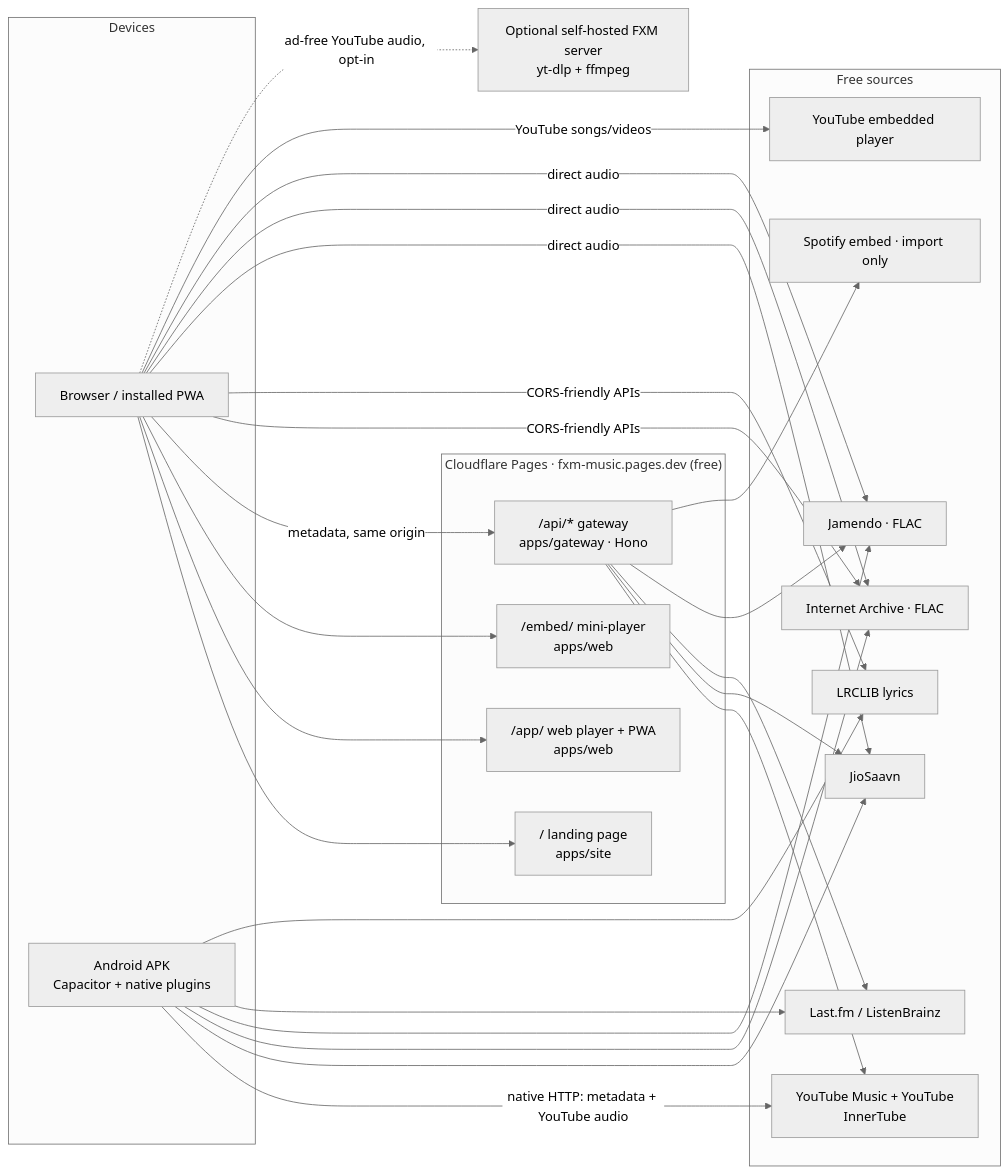
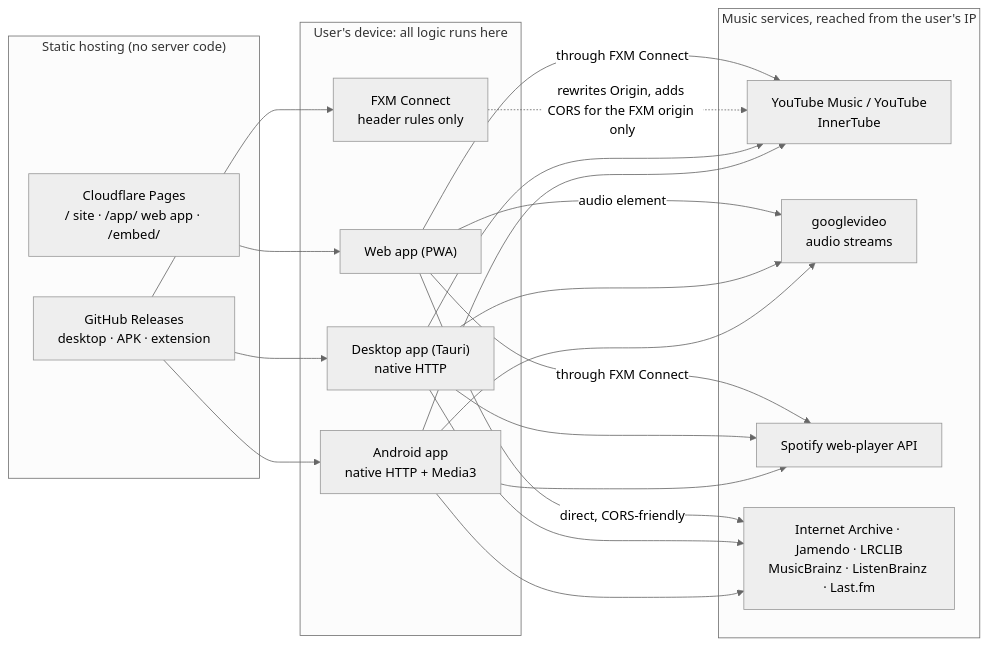
The diagram in docs/ARCHITECTURE.md (Pratyay-ops/FXM), drawn with Mermaid (neutral theme) before and after one commit. The commit also changed other lines of this file and 3 other files, not shown here.

First line of the commit message:
docs(plan): revise architecture and roadmap for a serverless design

````diff
--- a/docs/ARCHITECTURE.md
+++ b/docs/ARCHITECTURE.md
@@ -91,37 +148,27 @@
 ```mermaid
 flowchart LR
-  subgraph CF ["Cloudflare Pages · fxm-music.pages.dev (free)"]
-    SITE["/ landing page<br/>apps/site"]
-    APP["/app/ web player + PWA<br/>apps/web"]
-    EMBED["/embed/ mini-player<br/>apps/web"]
-    GW["/api/* gateway<br/>apps/gateway · Hono"]
+  subgraph Static ["Static hosting (no server code)"]
+    PAGES["Cloudflare Pages<br/>/ site · /app/ web app · /embed/"]
+    GH["GitHub Releases<br/>desktop · APK · extension"]
   end
-
-  subgraph Devices
-    BROWSER["Browser / installed PWA"]
-    APK["Android APK<br/>Capacitor + native plugins"]
+  subgraph Device ["User's device: all logic runs here"]
+    WEB["Web app (PWA)"]
+    EXT["FXM Connect<br/>header rules only"]
+    DESK["Desktop app (Tauri)<br/>native HTTP"]
+    AND["Android app<br/>native HTTP + Media3"]
   end
-
-  subgraph Sources ["Free sources"]
-    YTM["YouTube Music + YouTube<br/>InnerTube"]
-    YTE["YouTube embedded player"]
-    SAAVN["JioSaavn"]
-    IA["Internet Archive · FLAC"]
-    JAM["Jamendo · FLAC"]
-    LFM["Last.fm / ListenBrainz"]
-    LRC["LRCLIB lyrics"]
-    SPOT["Spotify embed · import only"]
+  subgraph Services ["Music services, reached from the user's IP"]
+    YT["YouTube Music / YouTube<br/>InnerTube"]
+    GV["googlevideo<br/>audio streams"]
+    SP["Spotify web-player API"]
+    FREE["Internet Archive · Jamendo · LRCLIB<br/>MusicBrainz · ListenBrainz · Last.fm"]
   end
-
-  SERVER["Optional self-hosted FXM server<br/>yt-dlp + ffmpeg"]
-
-  BROWSER --> SITE & APP & EMBED
-  BROWSER -->|"metadata, same origin"| GW
-  GW --> YTM & SAAVN & LFM & JAM & SPOT
-  BROWSER -->|"CORS-friendly APIs"| IA & LRC
-  BROWSER -->|"direct audio"| SAAVN & IA & JAM
-  BROWSER -->|"YouTube songs/videos"| YTE
-  BROWSER -.->|"ad-free YouTube audio, opt-in"| SERVER
-  APK -->|"native HTTP: metadata + YouTube audio"| YTM
-  APK --> SAAVN & IA & JAM & LFM & LRC
+  PAGES --> WEB
+  GH --> DESK & AND & EXT
+  WEB -->|"through FXM Connect"| YT & SP
+  WEB -->|"audio element"| GV
+  WEB -->|"direct, CORS-friendly"| FREE
+  EXT -.->|"rewrites Origin, adds CORS for the FXM origin only"| YT
+  DESK --> YT & GV & SP & FREE
+  AND --> YT & GV & SP & FREE
 ```
````
